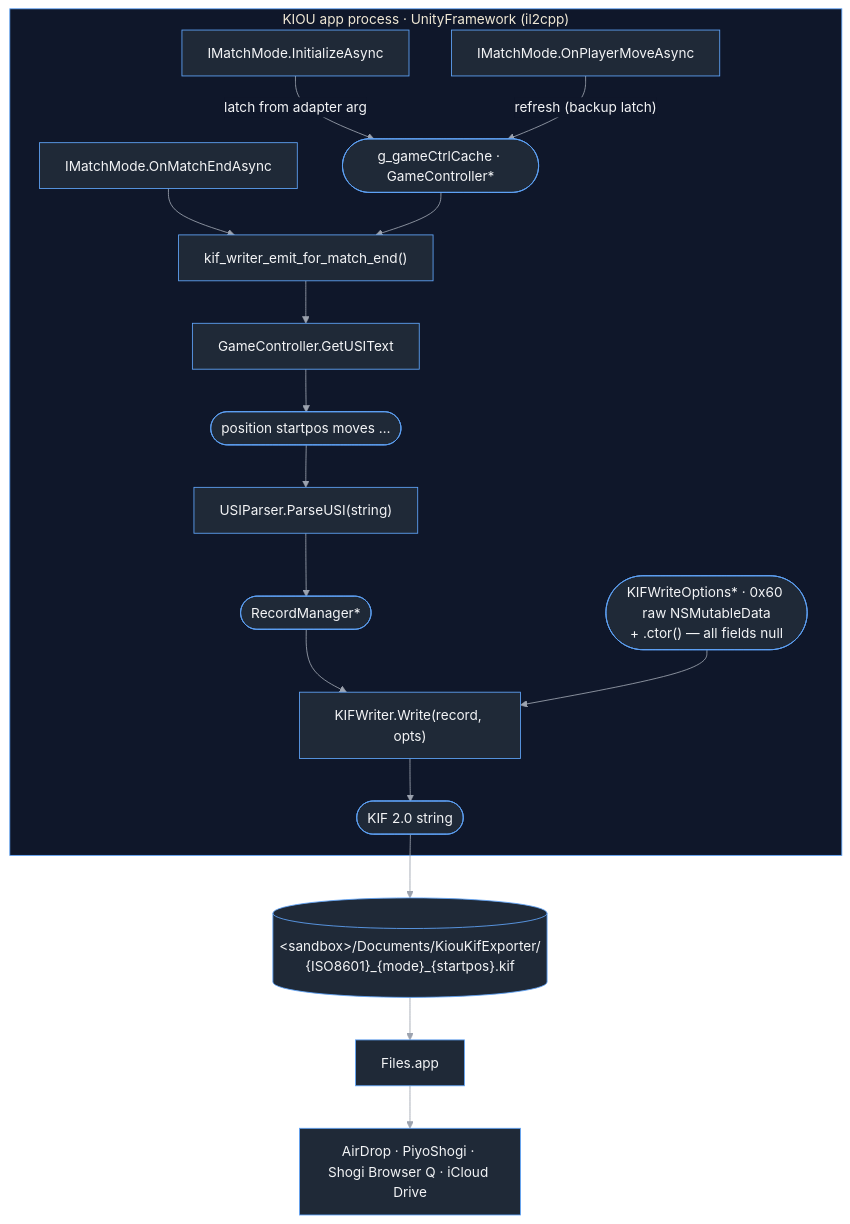
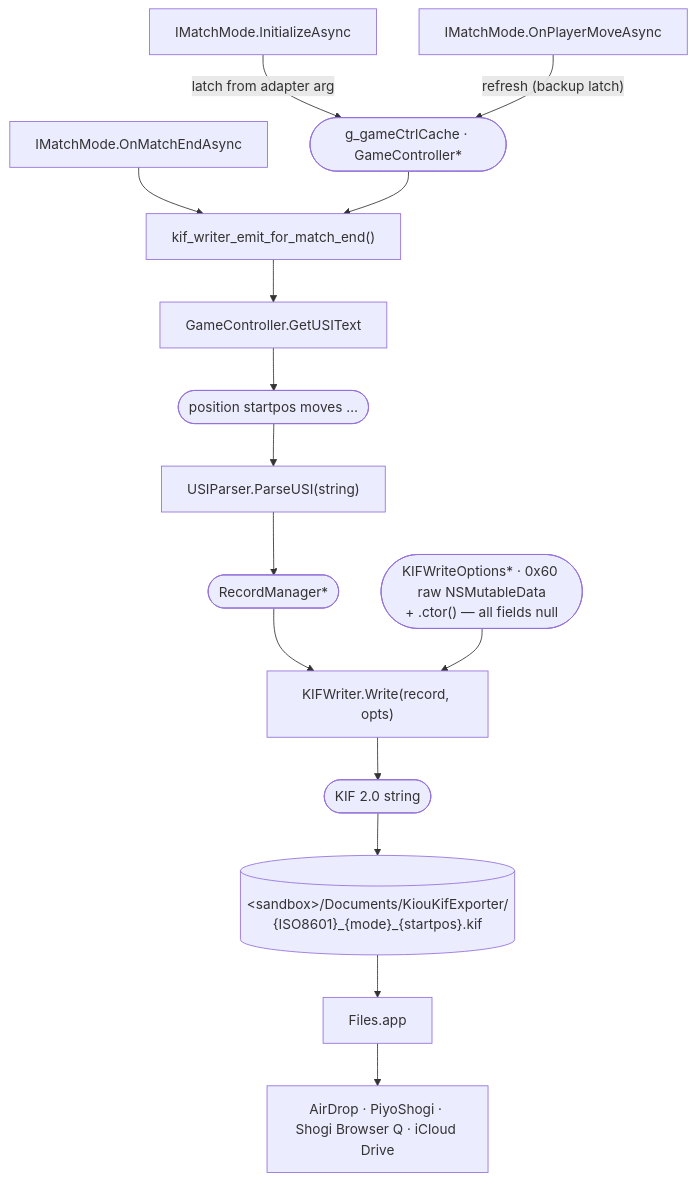
One commit to IPA-Patch/KiouKifExporter changed the diagram in README.md. Above: the diagram before and after it, drawn with Mermaid.

Commit message:
docs(readme): drop subgraph in pipeline diagram
The Mermaid subgraph cluster label "KIOU app process &middot;
UnityFramework (il2cpp)" sat on top of the cluster fill color in the
GitHub default rendering, which made it nearly unreadable on both the
light and dark themes.

The subgraph wasn't pulling its weight either — the flow is linear top
to bottom and the cluster boundary added nothing the labels didn't
already convey. Drop it; render the same nodes as a single flowchart.
Inline HTML entities (&middot;, &mdash;, &hellip;) for the typographic
glyphs so the Mermaid parser doesn't trip on raw bullets.

````diff
--- a/README.md
+++ b/README.md
@@ -118,44 +118,27 @@
 ```mermaid
-%%{init: {
-  "theme": "base",
-  "themeVariables": {
-    "primaryColor": "#1f2937",
-    "primaryTextColor": "#f3f4f6",
-    "primaryBorderColor": "#60a5fa",
-    "lineColor": "#9ca3af",
-    "secondaryColor": "#0f172a",
-    "tertiaryColor": "#0f172a",
-    "clusterBkg": "#0f172a",
-    "clusterBorder": "#60a5fa",
-    "edgeLabelBackground": "#0f172a",
-    "fontFamily": "system-ui, sans-serif"
-  }
-}}%%
 flowchart TD
-    subgraph KIOU["KIOU app process · UnityFramework (il2cpp)"]
-        init["IMatchMode.InitializeAsync"]
-        opm["IMatchMode.OnPlayerMoveAsync"]
-        endHook["IMatchMode.OnMatchEndAsync"]
-        cache(["g_gameCtrlCache · GameController*"])
+    init["IMatchMode.InitializeAsync"]
+    opm["IMatchMode.OnPlayerMoveAsync"]
+    endHook["IMatchMode.OnMatchEndAsync"]
+    cache(["g_gameCtrlCache &middot; GameController*"])
 
-        init -- "latch from adapter arg" --> cache
-        opm  -- "refresh (backup latch)"  --> cache
+    init -- "latch from adapter arg" --> cache
+    opm  -- "refresh (backup latch)"  --> cache
 
-        endHook --> writer["kif_writer_emit_for_match_end()"]
-        cache  --> writer
+    endHook --> writer["kif_writer_emit_for_match_end()"]
+    cache  --> writer
 
-        writer --> usiText["GameController.GetUSIText"]
-        usiText --> usiStr(["position startpos moves &hellip;"])
-        usiStr --> parse["USIParser.ParseUSI(string)"]
-        parse --> record(["RecordManager*"])
+    writer --> usiText["GameController.GetUSIText"]
+    usiText --> usiStr(["position startpos moves &hellip;"])
+    usiStr --> parse["USIParser.ParseUSI(string)"]
+    parse --> record(["RecordManager*"])
 
-        record --> kifwrite["KIFWriter.Write(record, opts)"]
-        opts(["KIFWriteOptions* · 0x60 raw NSMutableData<br/>+ .ctor() — all fields null"]) --> kifwrite
+    record --> kifwrite["KIFWriter.Write(record, opts)"]
+    opts(["KIFWriteOptions* &middot; 0x60 raw NSMutableData<br/>+ .ctor() &mdash; all fields null"]) --> kifwrite
 
-        kifwrite --> kif(["KIF 2.0 string"])
-    end
+    kifwrite --> kif(["KIF 2.0 string"])
 
     kif --> file[("&lt;sandbox&gt;/Documents/KiouKifExporter/<br/>{ISO8601}_{mode}_{startpos}.kif")]
     file --> files["Files.app"]
-    files --> sinks["AirDrop · PiyoShogi · Shogi Browser Q · iCloud Drive"]
+    files --> sinks["AirDrop &middot; PiyoShogi &middot; Shogi Browser Q &middot; iCloud Drive"]
 ```
````
